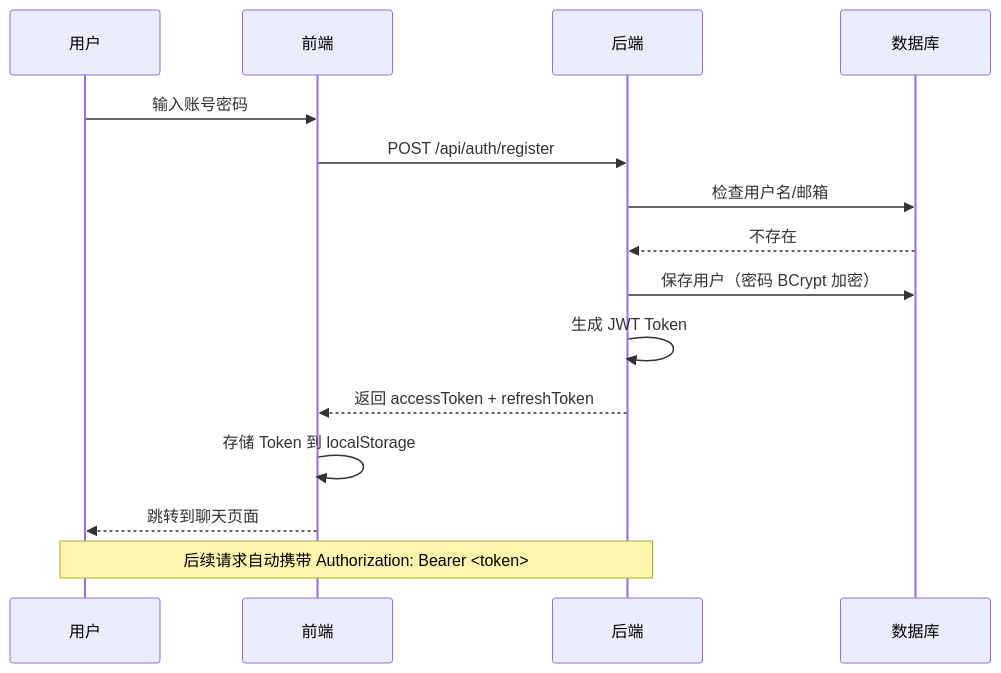
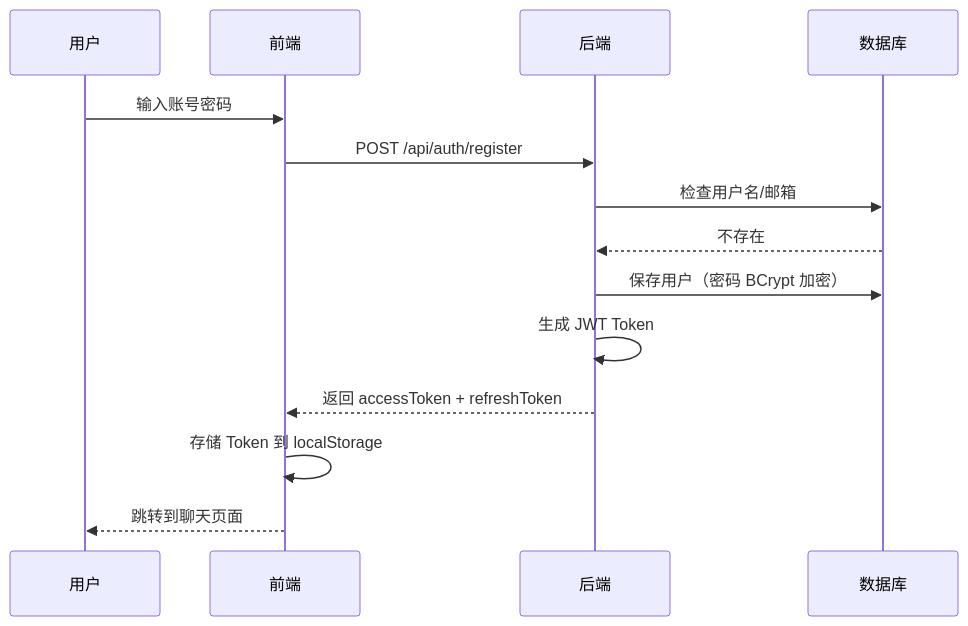
Before and after one commit to ZhangYN1203/rag-knowledge-base: the second of 5 diagrams in docs/系统架构图.md, drawn with Mermaid. The commit also changed other lines of this file and 48 other files, not shown here.

````diff
--- a/docs/系统架构图.md
+++ b/docs/系统架构图.md
@@ -83,19 +80,17 @@
 ```mermaid
 sequenceDiagram
     participant U as 用户
     participant F as 前端
     participant B as 后端
     participant DB as 数据库
 
     U->>F: 输入账号密码
     F->>B: POST /api/auth/register
     B->>DB: 检查用户名/邮箱
     DB-->>B: 不存在
     B->>DB: 保存用户（密码 BCrypt 加密）
     B->>B: 生成 JWT Token
     B-->>F: 返回 accessToken + refreshToken
     F->>F: 存储 Token 到 localStorage
     F-->>U: 跳转到聊天页面
-
-    Note over U,B: 后续请求自动携带 Authorization: Bearer <token>
 ```
````
